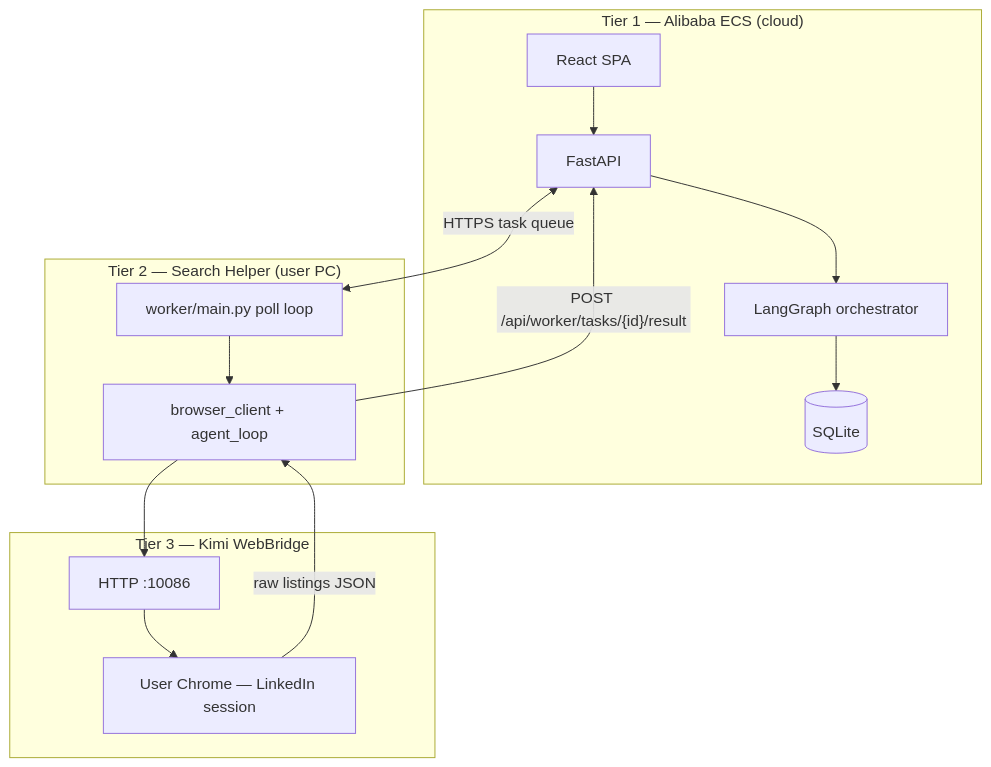
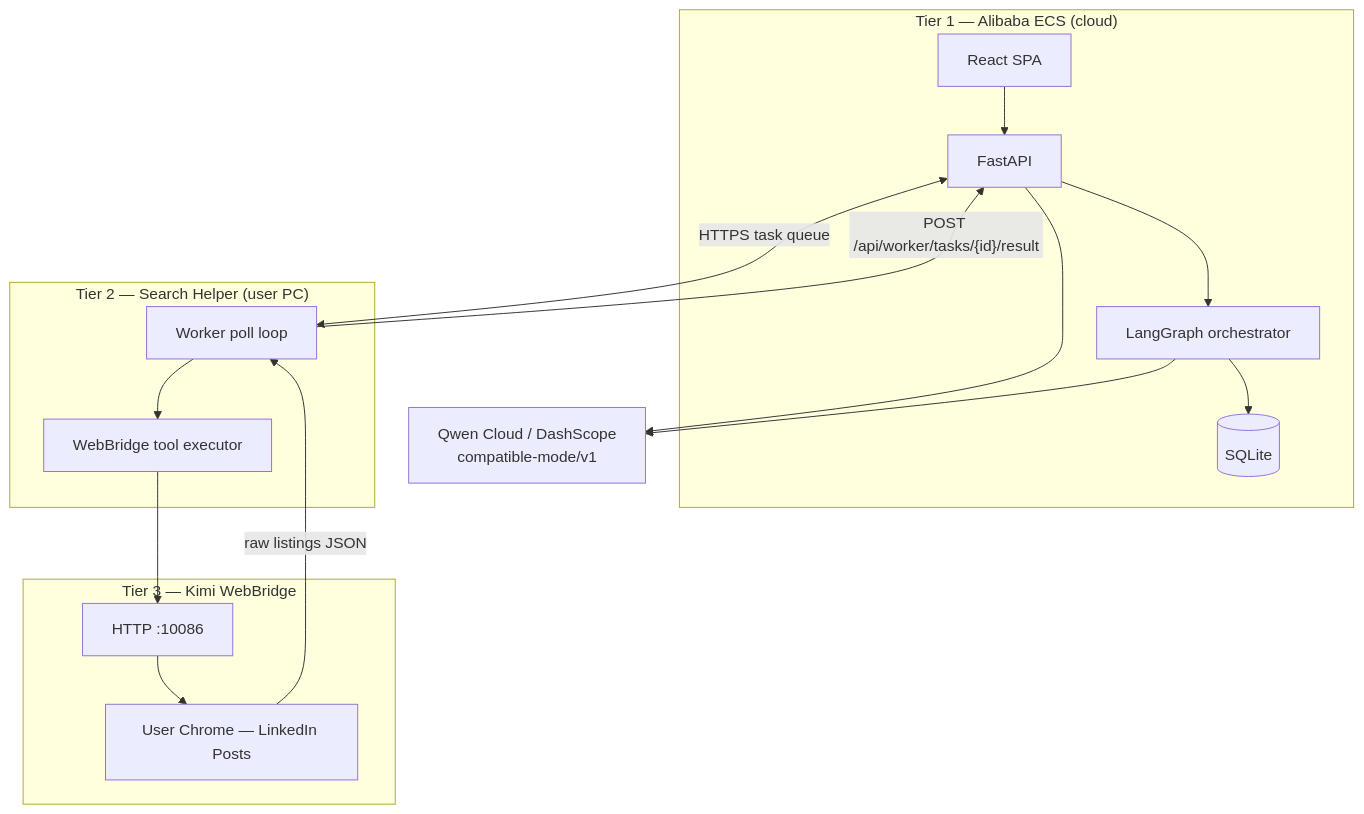
One commit to HamzaFayaz/JobPilot changed the first of 3 diagrams in README.md. Above: the diagram before and after it, drawn with Mermaid. The commit also changed other lines of this file and 3 other files, not shown here.

````diff
--- a/README.md
+++ b/README.md
@@ -65,27 +67,30 @@
 ```mermaid
 flowchart TB
   subgraph T1 ["Tier 1 — Alibaba ECS (cloud)"]
     UI["React SPA"]
     API["FastAPI"]
     LG["LangGraph orchestrator"]
     DB[("SQLite")]
     UI --> API --> LG --> DB
   end
 
+  Qwen["Qwen Cloud / DashScope\ncompatible-mode/v1"]
+
   subgraph T2 ["Tier 2 — Search Helper (user PC)"]
-    WH["worker/main.py poll loop"]
-    BC["browser_client + agent_loop"]
-    WH --> BC
+    WH["Worker poll loop"]
+    WH --> WBExec["WebBridge tool executor"]
   end
 
   subgraph T3 ["Tier 3 — Kimi WebBridge"]
     WB["HTTP :10086"]
-    Chrome["User Chrome — LinkedIn session"]
+    Chrome["User Chrome — LinkedIn Posts"]
     WB --> Chrome
   end
 
+  API --> Qwen
+  LG --> Qwen
   API <-->|"HTTPS task queue"| WH
-  BC --> WB
-  Chrome -->|"raw listings JSON"| BC
-  BC -->|"POST /api/worker/tasks/{id}/result"| API
+  WBExec --> WB
+  Chrome -->|"raw listings JSON"| WH
+  WH -->|"POST /api/worker/tasks/{id}/result"| API
 ```
````
